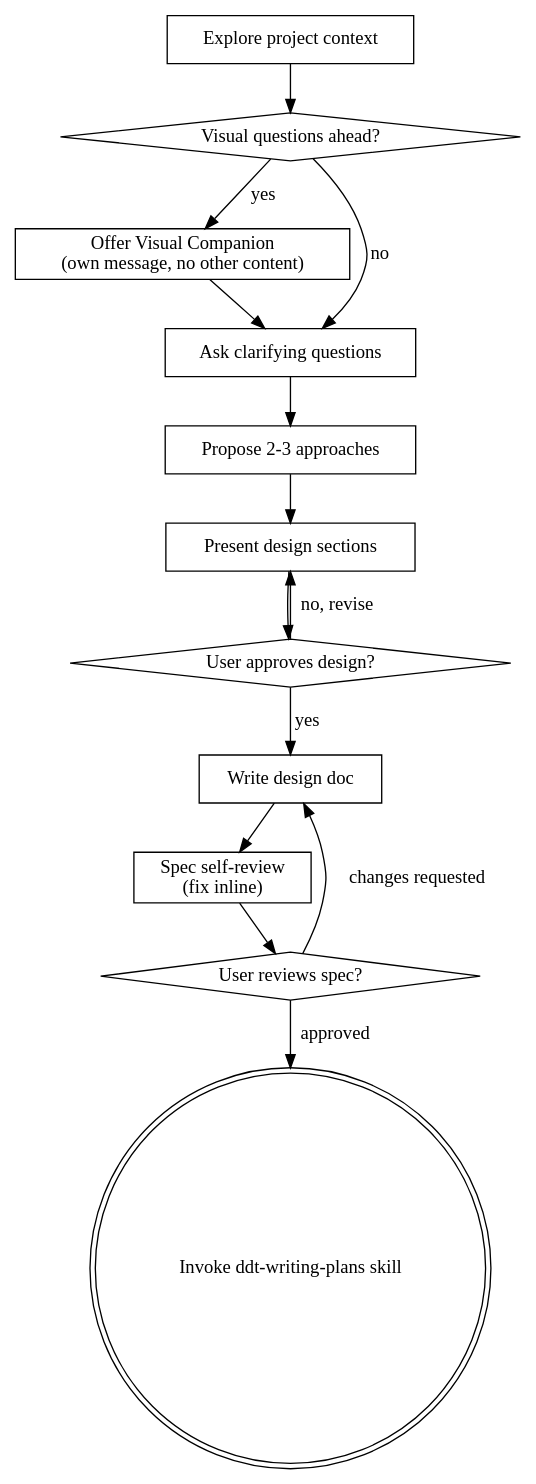
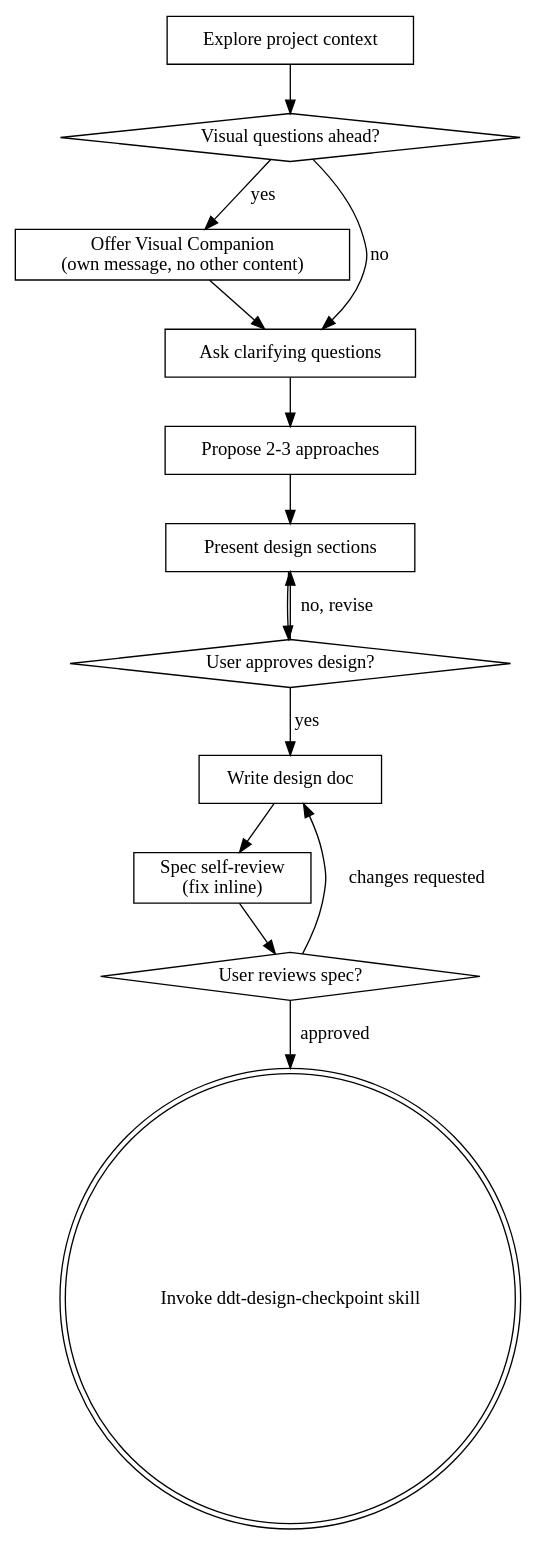
Before and after one commit to dhslegen/disciplined-delivery-toolkit: the diagram in skills/ddt-brainstorming/SKILL.md, drawn with Graphviz. The commit also changed other lines of this file and 3 other files, not shown here.

First line of the commit message:
refactor(skills): make Design Checkpoint gate 100% reliable against "Q&A table = passing" rationalization

````diff
--- a/skills/ddt-brainstorming/SKILL.md
+++ b/skills/ddt-brainstorming/SKILL.md
@@ -51,29 +71,29 @@
 ```dot
 digraph brainstorming {
     "Explore project context" [shape=box];
     "Visual questions ahead?" [shape=diamond];
     "Offer Visual Companion\n(own message, no other content)" [shape=box];
     "Ask clarifying questions" [shape=box];
     "Propose 2-3 approaches" [shape=box];
     "Present design sections" [shape=box];
     "User approves design?" [shape=diamond];
     "Write design doc" [shape=box];
     "Spec self-review\n(fix inline)" [shape=box];
     "User reviews spec?" [shape=diamond];
-    "Invoke ddt-writing-plans skill" [shape=doublecircle];
+    "Invoke ddt-design-checkpoint skill" [shape=doublecircle];
 
     "Explore project context" -> "Visual questions ahead?";
     "Visual questions ahead?" -> "Offer Visual Companion\n(own message, no other content)" [label="yes"];
     "Visual questions ahead?" -> "Ask clarifying questions" [label="no"];
     "Offer Visual Companion\n(own message, no other content)" -> "Ask clarifying questions";
     "Ask clarifying questions" -> "Propose 2-3 approaches";
     "Propose 2-3 approaches" -> "Present design sections";
     "Present design sections" -> "User approves design?";
     "User approves design?" -> "Present design sections" [label="no, revise"];
     "User approves design?" -> "Write design doc" [label="yes"];
     "Write design doc" -> "Spec self-review\n(fix inline)";
     "Spec self-review\n(fix inline)" -> "User reviews spec?";
     "User reviews spec?" -> "Write design doc" [label="changes requested"];
-    "User reviews spec?" -> "Invoke ddt-writing-plans skill" [label="approved"];
+    "User reviews spec?" -> "Invoke ddt-design-checkpoint skill" [label="approved"];
 }
 ```
````
